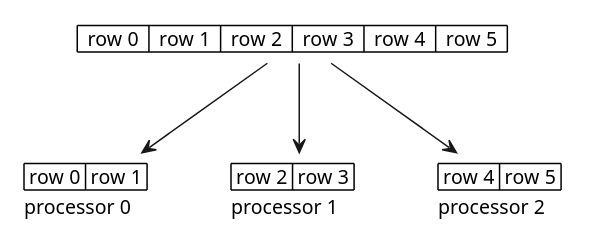
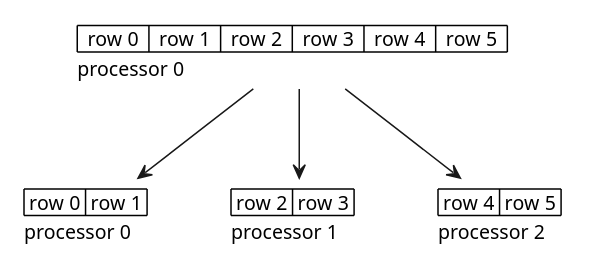
Before and after one commit to Arkanthara/parallelism: the second of 7 diagrams in heastSeq/rapport.md, drawn with PlantUML. The commit also changed other lines of this file and 58 other files, not shown here.

````diff
--- a/heastSeq/rapport.md
+++ b/heastSeq/rapport.md
@@ -94,31 +95,32 @@
 ```plantuml
 @startuml
 <style>
 note {
     backgroundcolor white
     shadowing 0
     linecolor transparent
 }
 </style>
 note as grid
     |  row 0  |  row 1  |  row 2  |  row 3  |  row 4  |  row 5  |
+    processor 0
 end note
 
 note as grid0
     | row 0 | row 1 |
     processor 0
 end note
 note as grid1
     | row 2 | row 3 |
     processor 1
 end note
 note as grid2
     | row 4 | row 5 |
     processor 2
 end note
 grid --> grid0
 grid --> grid1
 grid --> grid2
 
 @enduml
 ```
````
